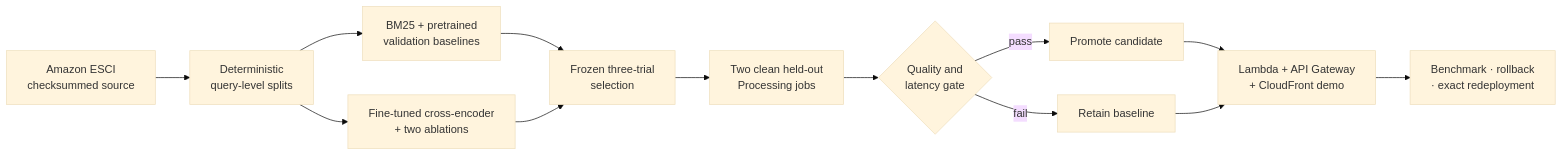
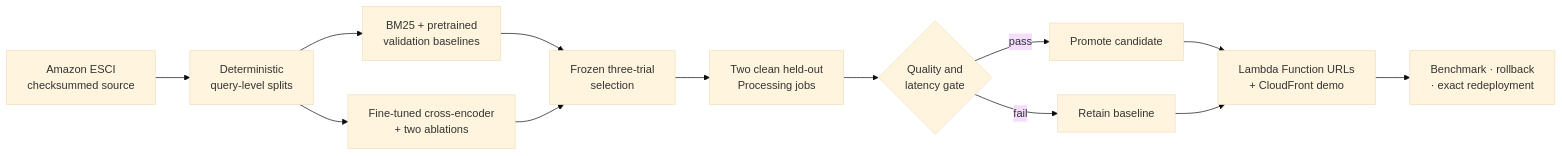
Before and after one commit to ArmanM1/machine-learning-product-search-ranking-platform: the diagram in README.md, drawn with Mermaid (base theme). The commit also changed other lines of this file and 23 other files, not shown here.

Commit message:
fix(infra): route serving through lambda URLs

````diff
--- a/README.md
+++ b/README.md
@@ -26,15 +26,15 @@
 ```mermaid
 flowchart LR
     A[Amazon ESCI<br/>checksummed source] --> B[Deterministic<br/>query-level splits]
     B --> C[BM25 + pretrained<br/>validation baselines]
     B --> D[Fine-tuned cross-encoder<br/>+ two ablations]
     C --> E[Frozen three-trial<br/>selection]
     D --> E
     E --> F[Two clean held-out<br/>Processing jobs]
     F --> G{Quality and<br/>latency gate}
     G -->|pass| H[Promote candidate]
     G -->|fail| I[Retain baseline]
-    H --> J[Lambda + API Gateway<br/>+ CloudFront demo]
+    H --> J[Lambda Function URLs<br/>+ CloudFront demo]
     I --> J
     J --> K[Benchmark · rollback<br/>· exact redeployment]
 ```
````
